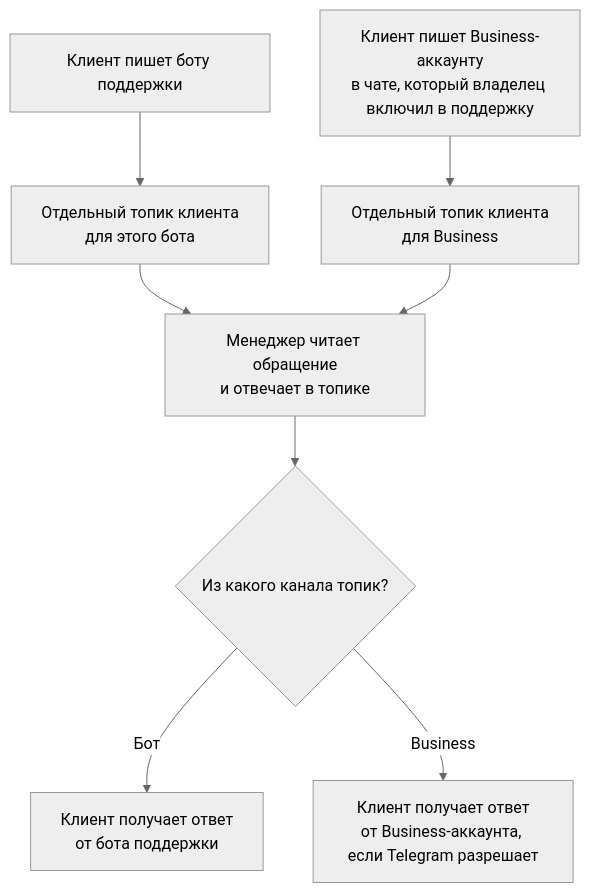
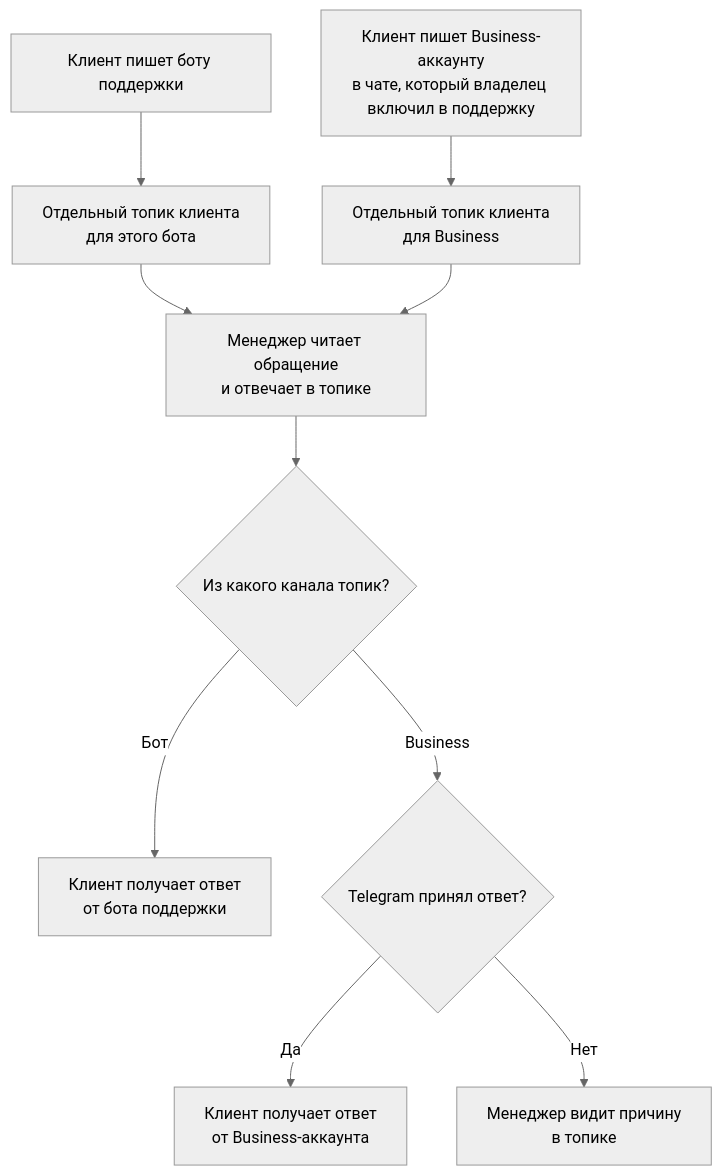
One commit to tryproxy/tg-super-backend changed the fourth of 5 diagrams in _docs/user-stories.md. Above: the diagram before and after it, drawn with Mermaid (neutral theme). The commit also changed other lines of this file and 4 other files, not shown here.

Commit message:
docs(spec): update release notes with CSV manager invitations and group creation flow

````diff
--- a/_docs/user-stories.md
+++ b/_docs/user-stories.md
@@ -131,10 +132,12 @@
 ```mermaid
 flowchart TD
     A["Клиент пишет боту поддержки"] --> B["Отдельный топик клиента<br/>для этого бота"]
     C["Клиент пишет Business-аккаунту<br/>в чате, который владелец включил в поддержку"] --> D["Отдельный топик клиента<br/>для Business"]
     B --> E["Менеджер читает обращение<br/>и отвечает в топике"]
     D --> E
     E --> F{"Из какого канала топик?"}
     F -->|Бот| G["Клиент получает ответ<br/>от бота поддержки"]
-    F -->|Business| H["Клиент получает ответ<br/>от Business-аккаунта, если Telegram разрешает"]
+    F -->|Business| H{"Telegram принял ответ?"}
+    H -->|Да| I["Клиент получает ответ<br/>от Business-аккаунта"]
+    H -->|Нет| J["Менеджер видит причину<br/>в топике"]
 ```
````
